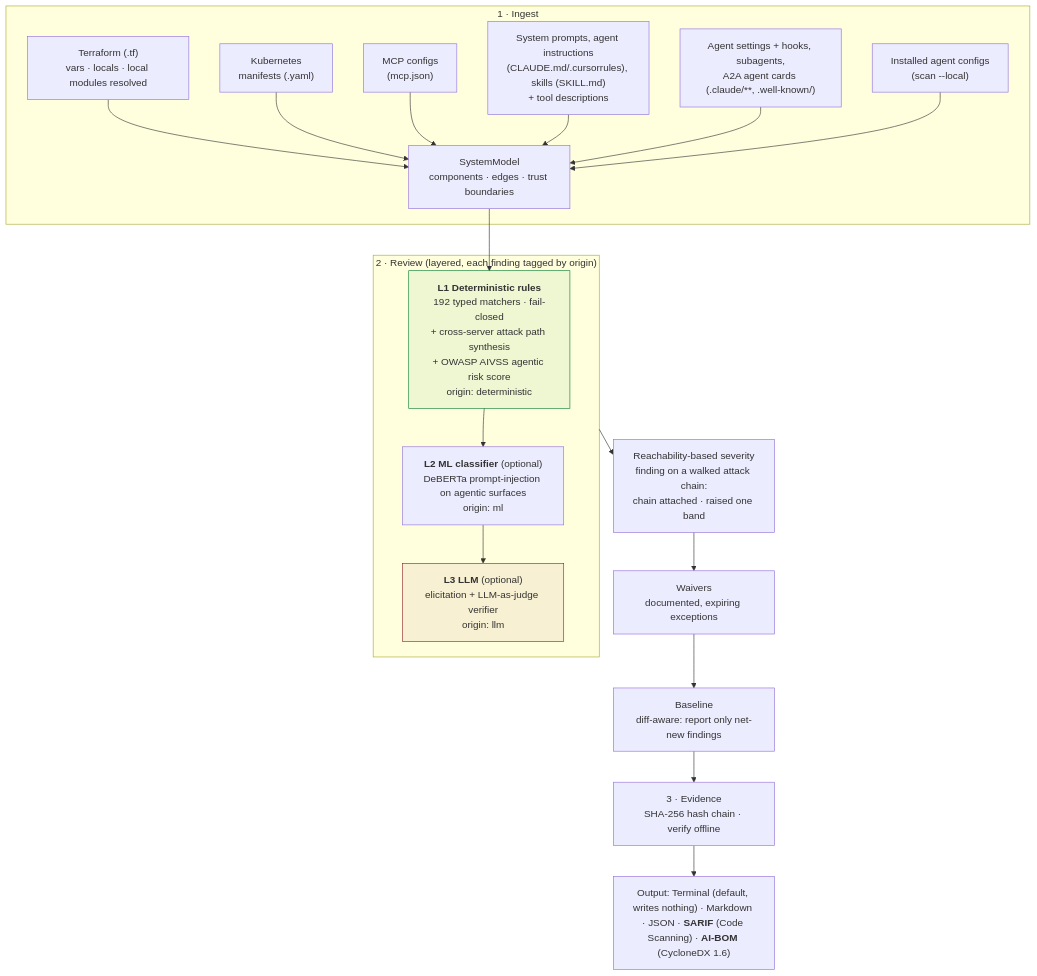
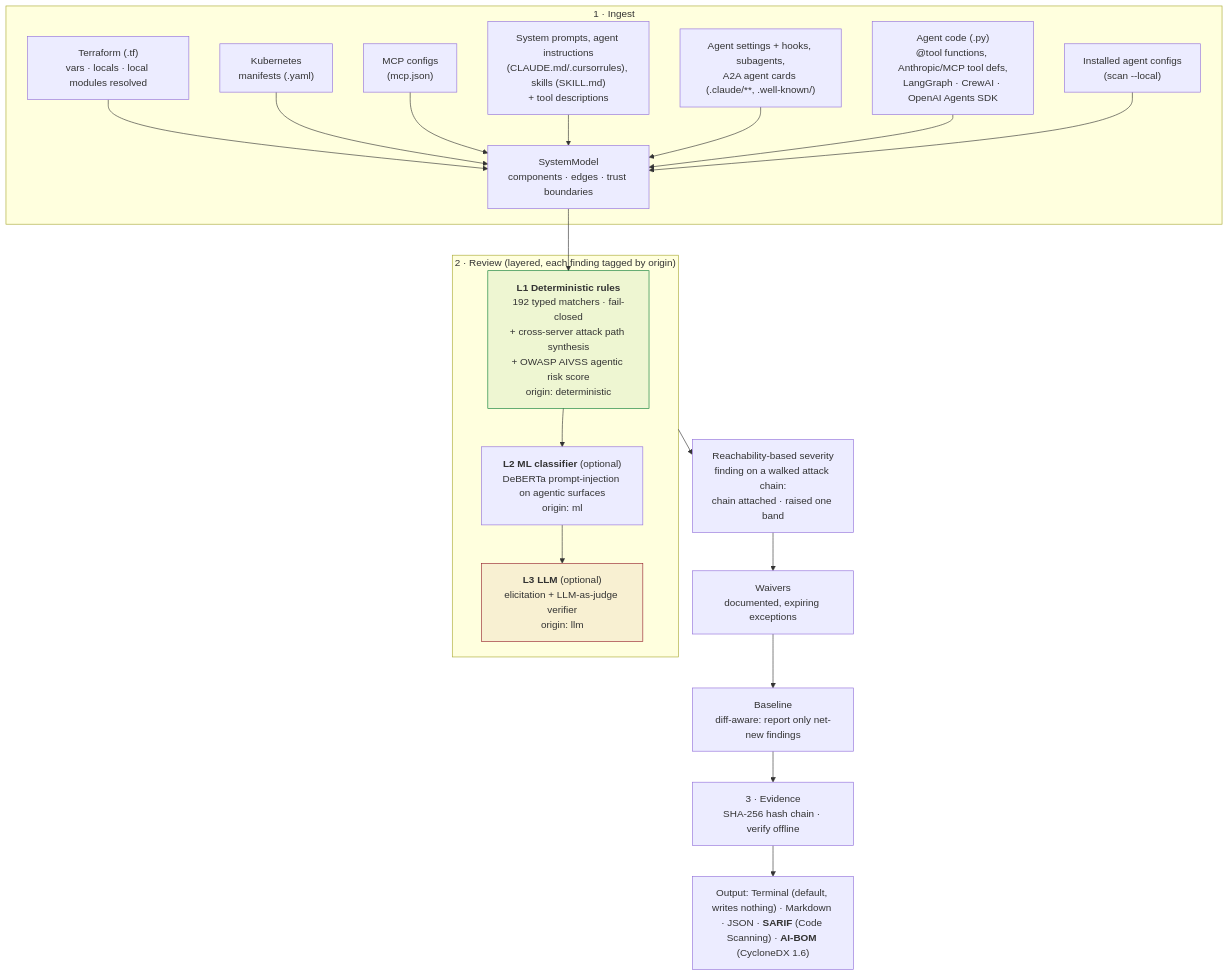
One commit to zeyadalsakhii/attestral changed the first of 4 diagrams in README.md. Above: the diagram before and after it, drawn with Mermaid. The commit also changed other lines of this file and 14 other files, not shown here.

First line of the commit message:
M11: ingest agents defined in code, not just config

````diff
--- a/README.md
+++ b/README.md
@@ -106,26 +106,27 @@
 ```mermaid
 flowchart TB
     subgraph ING["1 · Ingest"]
         TF["Terraform (.tf)<br/>vars · locals · local modules resolved"] --> M
         K8S["Kubernetes<br/>manifests (.yaml)"] --> M
         MCP["MCP configs<br/>(mcp.json)"] --> M
         SP["System prompts, agent instructions<br/>(CLAUDE.md/.cursorrules), skills (SKILL.md)<br/>+ tool descriptions"] --> M
         AC["Agent settings + hooks, subagents,<br/>A2A agent cards (.claude/**, .well-known/)"] --> M
+        CODE["Agent code (.py)<br/>@tool functions, Anthropic/MCP tool defs,<br/>LangGraph · CrewAI · OpenAI Agents SDK"] --> M
         LC["Installed agent configs<br/>(scan --local)"] --> M
         M["SystemModel<br/>components · edges · trust boundaries"]
     end
     M --> L1
     subgraph REV["2 · Review (layered, each finding tagged by origin)"]
         L1["<b>L1 Deterministic rules</b><br/>192 typed matchers · fail-closed<br/>+ cross-server attack path synthesis<br/>+ OWASP AIVSS agentic risk score<br/>origin: deterministic"]
         L2["<b>L2 ML classifier</b> (optional)<br/>DeBERTa prompt-injection on agentic surfaces<br/>origin: ml"]
         L3["<b>L3 LLM</b> (optional)<br/>elicitation + LLM-as-judge verifier<br/>origin: llm"]
         L1 --> L2 --> L3
     end
     REV --> RS["Reachability-based severity<br/>finding on a walked attack chain:<br/>chain attached · raised one band"]
     RS --> W["Waivers<br/>documented, expiring exceptions"]
     W --> BL["Baseline<br/>diff-aware: report only net-new findings"]
     BL --> EV["3 · Evidence<br/>SHA-256 hash chain · verify offline"]
     EV --> OUT["Output: Terminal (default, writes nothing) · Markdown · JSON · <b>SARIF</b> (Code Scanning) · <b>AI-BOM</b> (CycloneDX 1.6)"]
     style L1 fill:#0a7d3611,stroke:#0a7d36
     style L3 fill:#96222E11,stroke:#96222E
 ```
````
